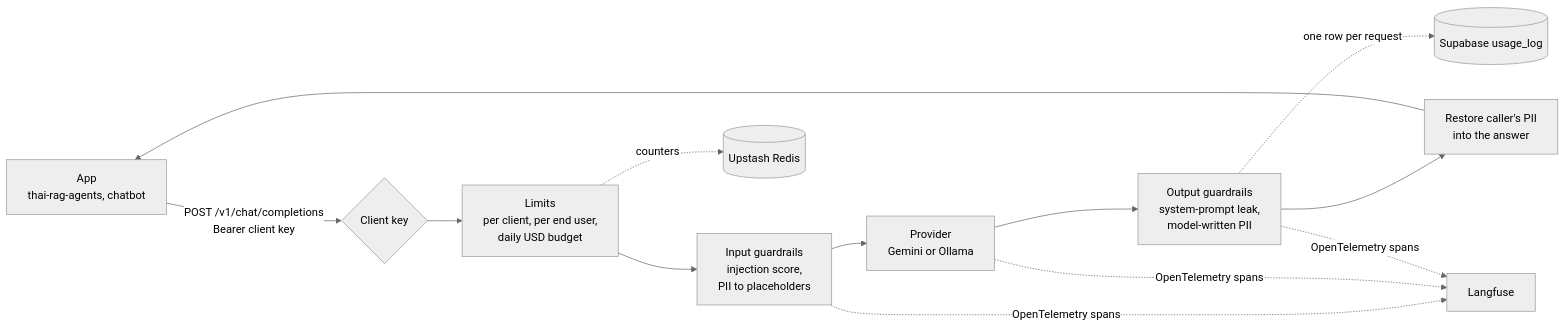
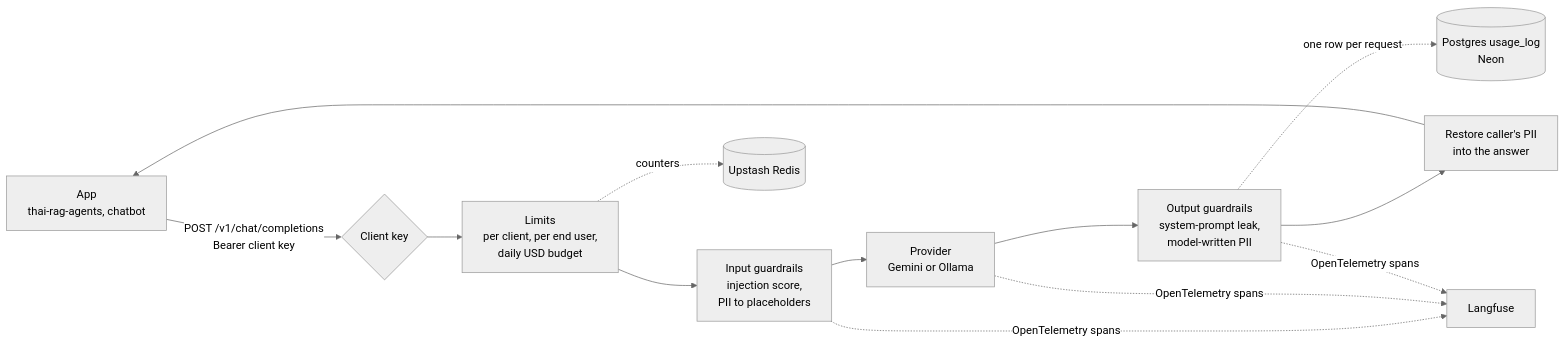
One commit to WISHERCARTs/thai-llm-gateway changed the diagram in README.md. Above: the diagram before and after it, drawn with Mermaid (neutral theme). The commit also changed other lines of this file and 12 other files, not shown here.

First line of the commit message:
refactor: write the usage log to any Postgres (Neon) instead of Supabase

````diff
--- a/README.md
+++ b/README.md
@@ -9,13 +9,13 @@
 ```mermaid
 flowchart LR
     A[App<br/>thai-rag-agents, chatbot] -->|POST /v1/chat/completions<br/>Bearer client key| K{Client key}
     K --> L[Limits<br/>per client, per end user,<br/>daily USD budget]
     L --> G[Input guardrails<br/>injection score,<br/>PII to placeholders]
     G --> P[Provider<br/>Gemini or Ollama]
     P --> O[Output guardrails<br/>system-prompt leak,<br/>model-written PII]
     O --> R[Restore caller's PII<br/>into the answer]
     R --> A
     L -. counters .-> U[(Upstash Redis)]
-    O -. one row per request .-> S[(Supabase usage_log)]
+    O -. one row per request .-> S[(Postgres usage_log<br/>Neon)]
     G & P & O -. OpenTelemetry spans .-> F[Langfuse]
 ```
````
